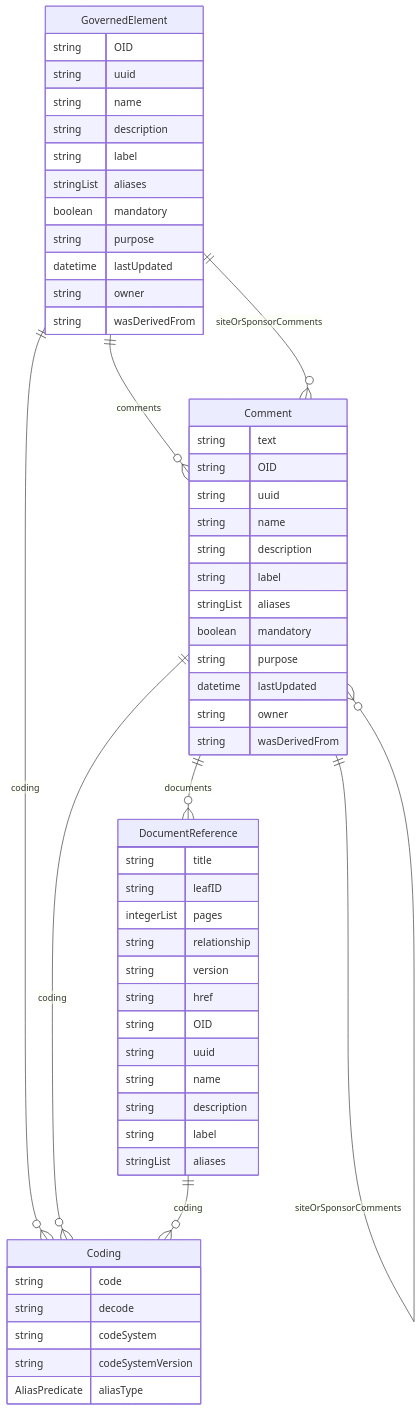
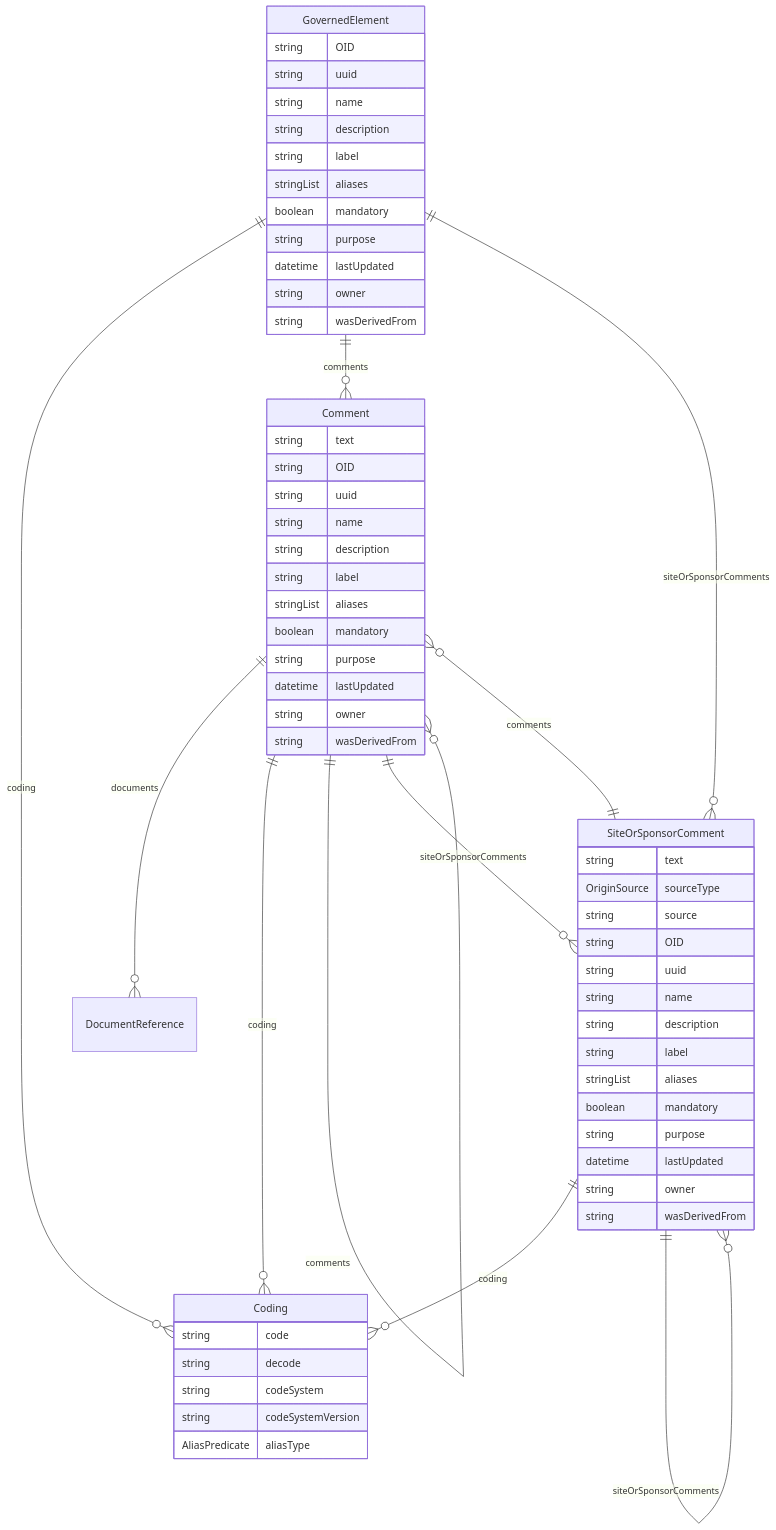
One commit to TeMeta/define-json changed the diagram in docs/classes/GovernedElement.md. Above: the diagram before and after it, drawn with Mermaid. The commit also changed other lines of this file and 98 other files, not shown here.

````diff
--- a/docs/classes/GovernedElement.md
+++ b/docs/classes/GovernedElement.md
@@ -13,61 +13,65 @@
 ```mermaid
 erDiagram
 GovernedElement {
+    string OID  
+    string uuid  
+    string name  
+    string description  
+    string label  
+    stringList aliases  
+    boolean mandatory  
+    string purpose  
+    datetime lastUpdated  
+    string owner  
+    string wasDerivedFrom  
+}
+SiteOrSponsorComment {
+    string text  
+    OriginSource sourceType  
+    string source  
     string OID  
     string uuid  
     string name  
     string description  
     string label  
     stringList aliases  
     boolean mandatory  
     string purpose  
     datetime lastUpdated  
     string owner  
     string wasDerivedFrom  
 }
 Comment {
     string text  
     string OID  
     string uuid  
     string name  
     string description  
     string label  
     stringList aliases  
     boolean mandatory  
     string purpose  
     datetime lastUpdated  
     string owner  
     string wasDerivedFrom  
 }
 Coding {
     string code  
     string decode  
     string codeSystem  
     string codeSystemVersion  
     AliasPredicate aliasType  
 }
-DocumentReference {
-    string title  
-    string leafID  
-    integerList pages  
-    string relationship  
-    string version  
-    string href  
-    string OID  
-    string uuid  
-    string name  
-    string description  
-    string label  
-    stringList aliases  
-}
 
 GovernedElement ||--}o Coding : "coding"
 GovernedElement ||--}o Comment : "comments"
-GovernedElement ||--}o Comment : "siteOrSponsorComments"
+GovernedElement ||--}o SiteOrSponsorComment : "siteOrSponsorComments"
+SiteOrSponsorComment ||--}o Coding : "coding"
+SiteOrSponsorComment ||--}o Comment : "comments"
+SiteOrSponsorComment ||--}o SiteOrSponsorComment : "siteOrSponsorComments"
 Comment ||--}o DocumentReference : "documents"
 Comment ||--}o Coding : "coding"
 Comment ||--}o Comment : "comments"
-Comment ||--}o Comment : "siteOrSponsorComments"
-DocumentReference ||--}o Coding : "coding"
+Comment ||--}o SiteOrSponsorComment : "siteOrSponsorComments"
 
 ```
````
